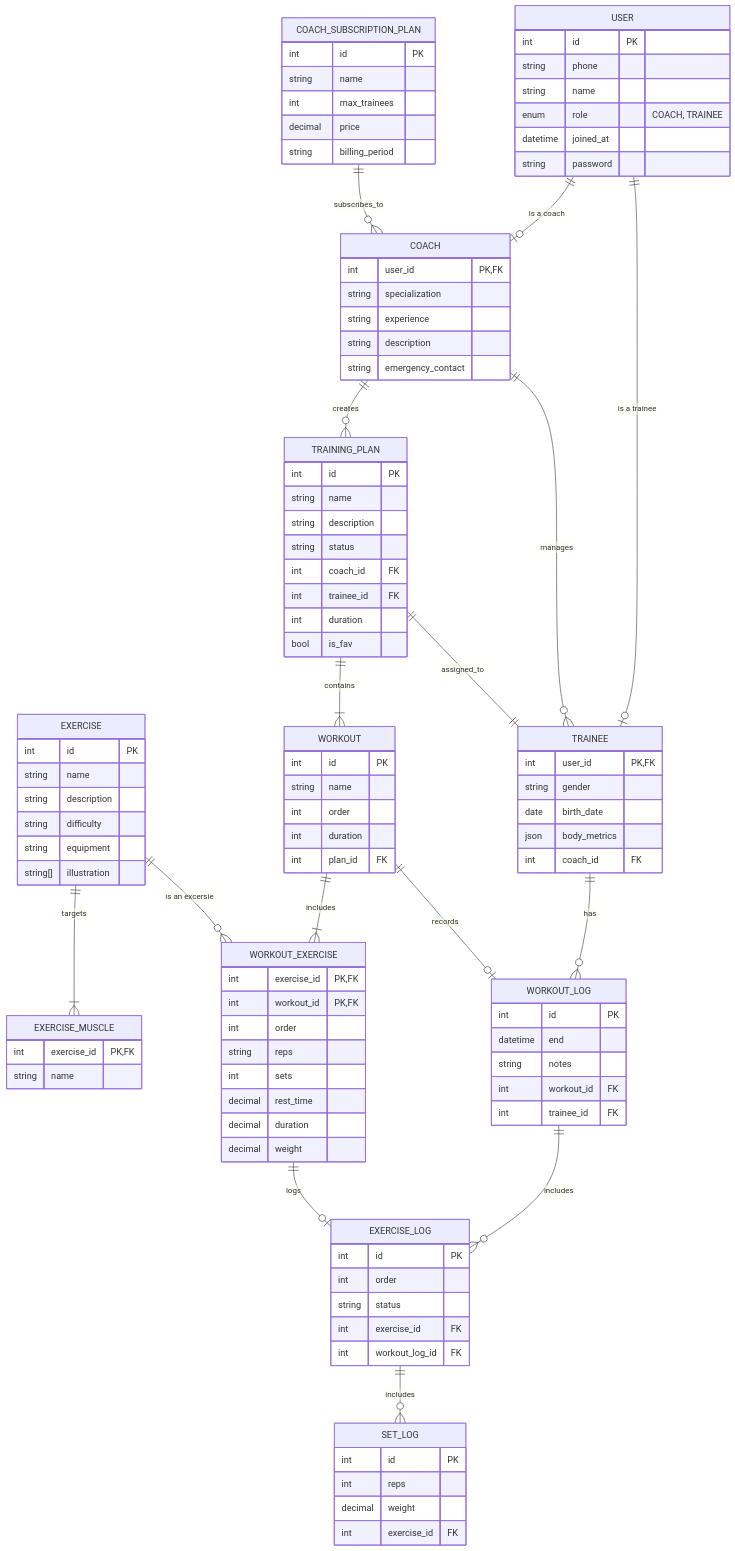
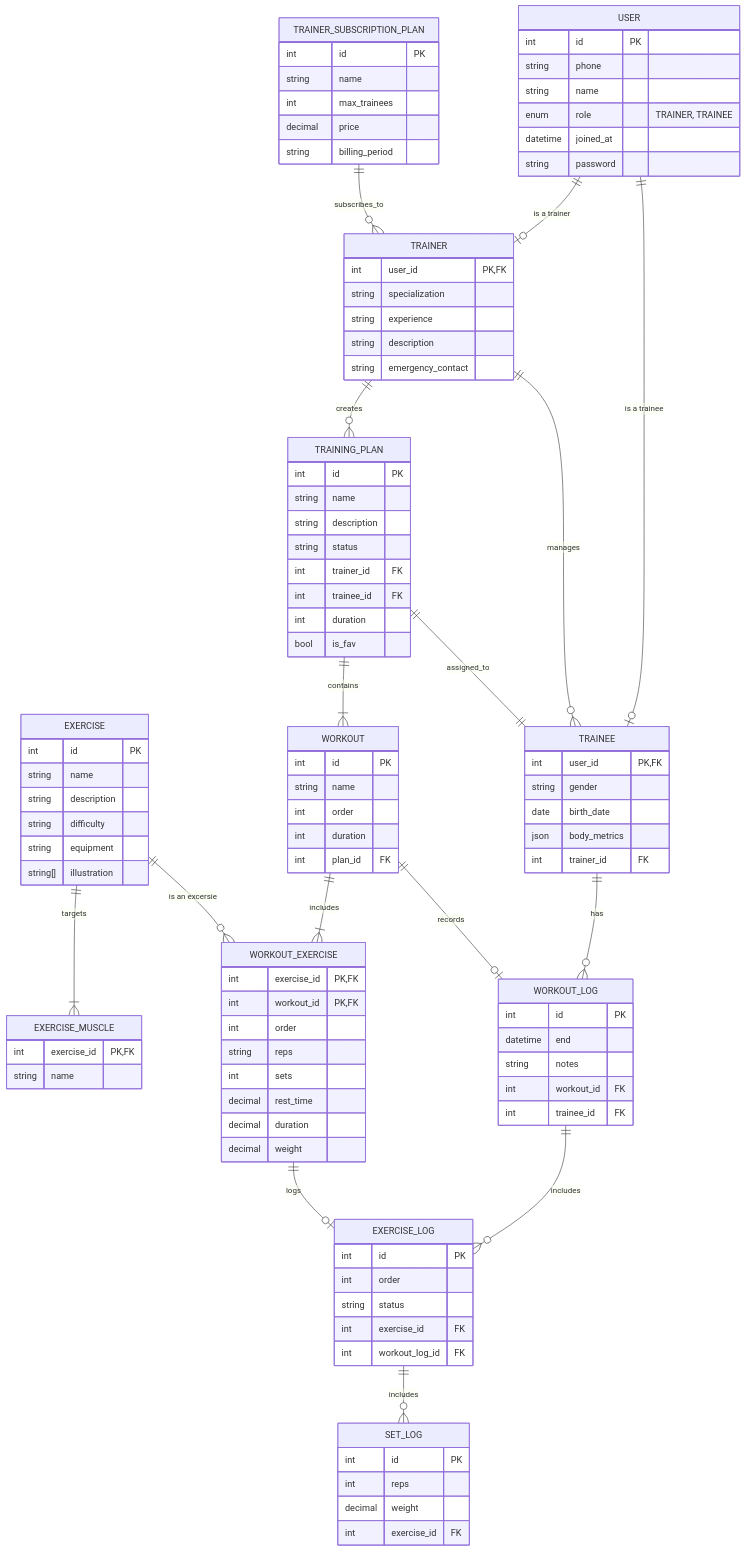
One commit to MontuWeb-Org/gym-backend changed the diagram in docs/schema.mmd. Above: the diagram before and after it, drawn with Mermaid. The commit also changed 11 other files, not shown here.

```diff
--- a/docs/schema.mmd
+++ b/docs/schema.mmd
@@ -1,120 +1,120 @@
 erDiagram
     USER {
         int id PK
         string phone
         string name
-        enum role "COACH, TRAINEE"
+        enum role "TRAINER, TRAINEE"
         datetime joined_at
         string password
     }
 
-    COACH {
+    TRAINER {
         int user_id PK, FK
         string specialization
         string experience
         string description
         string emergency_contact
     }
 
     TRAINEE {
         int user_id PK, FK
         string gender
         date birth_date
         json body_metrics
-        int coach_id FK 
+        int trainer_id FK 
     }
 
-    COACH_SUBSCRIPTION_PLAN {
+    TRAINER_SUBSCRIPTION_PLAN {
         int id PK
         string name
         int max_trainees
         decimal price
         string billing_period
     }
 
     EXERCISE {
         int id PK
         string name
         string description
         string difficulty
         string equipment
         string[] illustration
     }
 
     EXERCISE_MUSCLE {
         int exercise_id PK, FK 
         string name
     }
 
     TRAINING_PLAN {
         int id PK
         string name
         string description
         string status
-        int coach_id FK
+        int trainer_id FK
         int trainee_id FK
         int duration
         bool is_fav
     }
 
     WORKOUT {
         int id PK
         string name
         int order
         int duration
         int plan_id FK
     }
 
     WORKOUT_EXERCISE {
         int exercise_id PK, FK
         int workout_id PK, FK
         int order
         string reps
         int sets
         decimal rest_time
         decimal duration
         decimal weight 
     }
 
     WORKOUT_LOG {
         int id PK
         datetime end
         string notes
         int workout_id FK
         int trainee_id FK
     }
 
     EXERCISE_LOG {
         int id PK
         int order
         string status
         int exercise_id FK
         int workout_log_id FK
     }
 
     SET_LOG {
         int id PK
         int reps
         decimal weight
         int exercise_id FK
     }
 
-    USER ||--o| COACH : "is a coach"
+    USER ||--o| TRAINER : "is a trainer"
     USER ||--o| TRAINEE : "is a trainee"
  
-    COACH ||--o{ TRAINING_PLAN : creates
-    COACH ||--o{ TRAINEE : manages 
-    COACH_SUBSCRIPTION_PLAN ||--o{ COACH : subscribes_to
+    TRAINER ||--o{ TRAINING_PLAN : creates
+    TRAINER ||--o{ TRAINEE : manages 
+    TRAINER_SUBSCRIPTION_PLAN ||--o{ TRAINER : subscribes_to
     TRAINING_PLAN ||--|| TRAINEE : assigned_to
 
     
     TRAINING_PLAN ||--|{ WORKOUT : contains
     WORKOUT ||--|{ WORKOUT_EXERCISE : includes
     EXERCISE ||--o{  WORKOUT_EXERCISE : "is an excersie" 
     EXERCISE ||--|{ EXERCISE_MUSCLE : targets
 
     TRAINEE ||--o{ WORKOUT_LOG : "has" 
     WORKOUT ||--o| WORKOUT_LOG : records 
     WORKOUT_LOG ||--o{  EXERCISE_LOG : includes
     WORKOUT_EXERCISE ||--o| EXERCISE_LOG  : logs
     EXERCISE_LOG ||--o{ SET_LOG : includes
```
